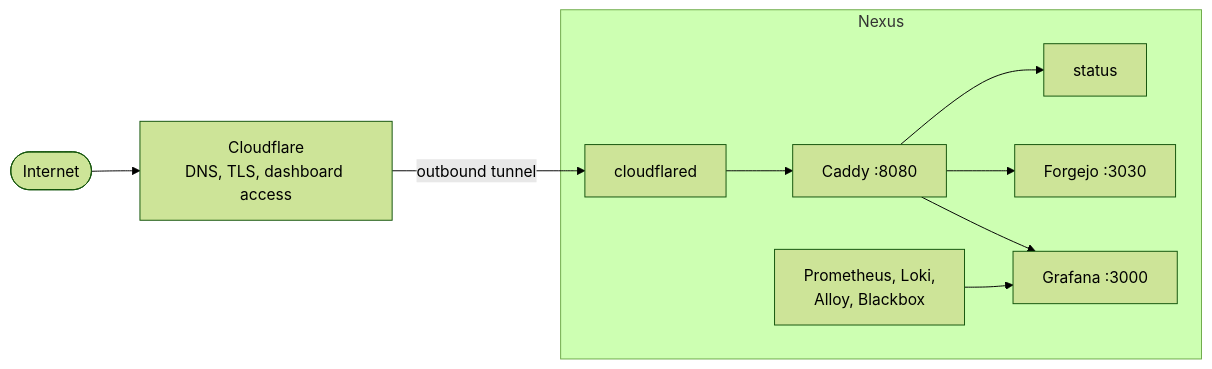
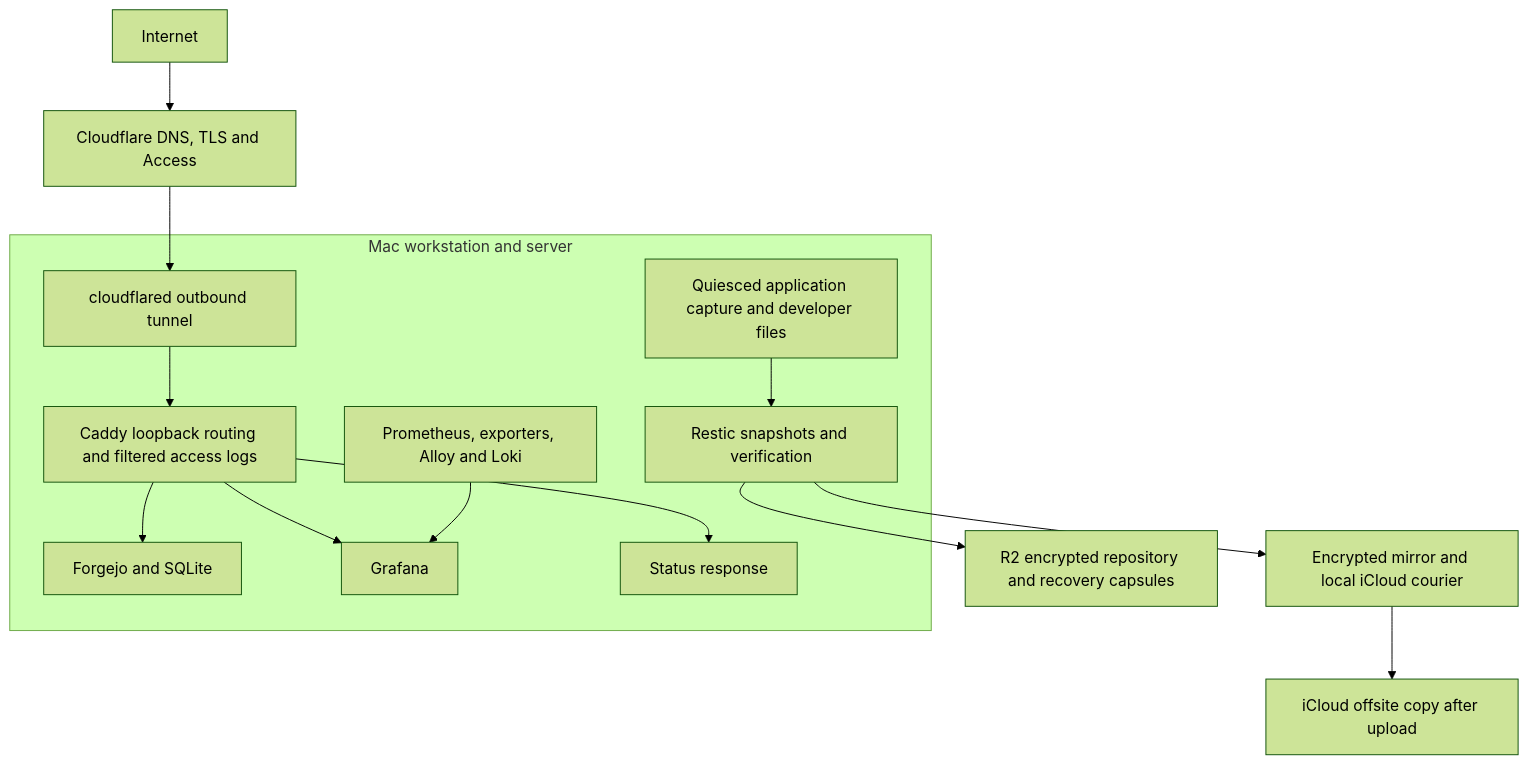
One commit to mac95sb/configuration changed the diagram in README.md. Above: the diagram before and after it, drawn with Mermaid (forest theme). The commit also changed other lines of this file and 71 other files, not shown here.

````diff
--- a/README.md
+++ b/README.md
@@ -35,14 +232,16 @@
 ```mermaid
-flowchart LR
-    Internet([Internet]) --> Cloudflare[Cloudflare<br/>DNS, TLS, dashboard access]
-
-    subgraph Host[Nexus]
-        Cloudflared[cloudflared] --> Caddy[Caddy :8080]
-        Caddy --> Status[status]
-        Caddy --> Forgejo[Forgejo :3030]
-        Caddy --> Grafana[Grafana :3000]
-        Observability[Prometheus, Loki,<br/>Alloy, Blackbox] --> Grafana
+flowchart TD
+    Internet[Internet] --> Cloudflare[Cloudflare DNS, TLS and Access]
+    Cloudflare --> Tunnel[cloudflared outbound tunnel]
+    subgraph Mac[Mac workstation and server]
+        Tunnel --> Caddy[Caddy loopback routing and filtered access logs]
+        Caddy --> Forgejo[Forgejo and SQLite]
+        Caddy --> Grafana[Grafana]
+        Caddy --> Status[Status response]
+        Monitoring[Prometheus, exporters, Alloy and Loki] --> Grafana
+        Capture[Quiesced application capture and developer files] --> Restic[Restic snapshots and verification]
     end
-
-    Cloudflare -->|outbound tunnel| Cloudflared
+    Restic --> R2[R2 encrypted repository and recovery capsules]
+    Restic --> Courier[Encrypted mirror and local iCloud courier]
+    Courier --> iCloud[iCloud offsite copy after upload]
 ```
````
